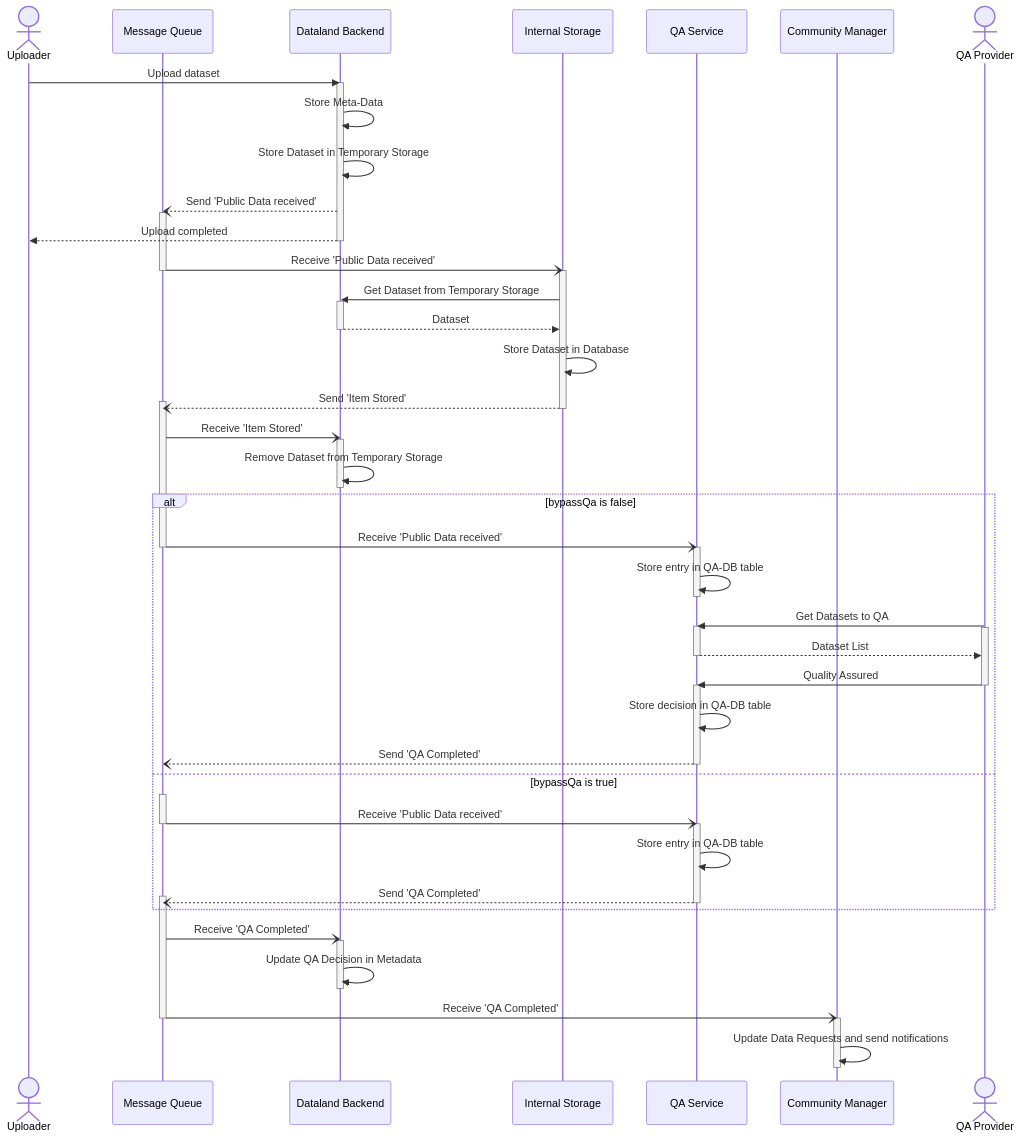
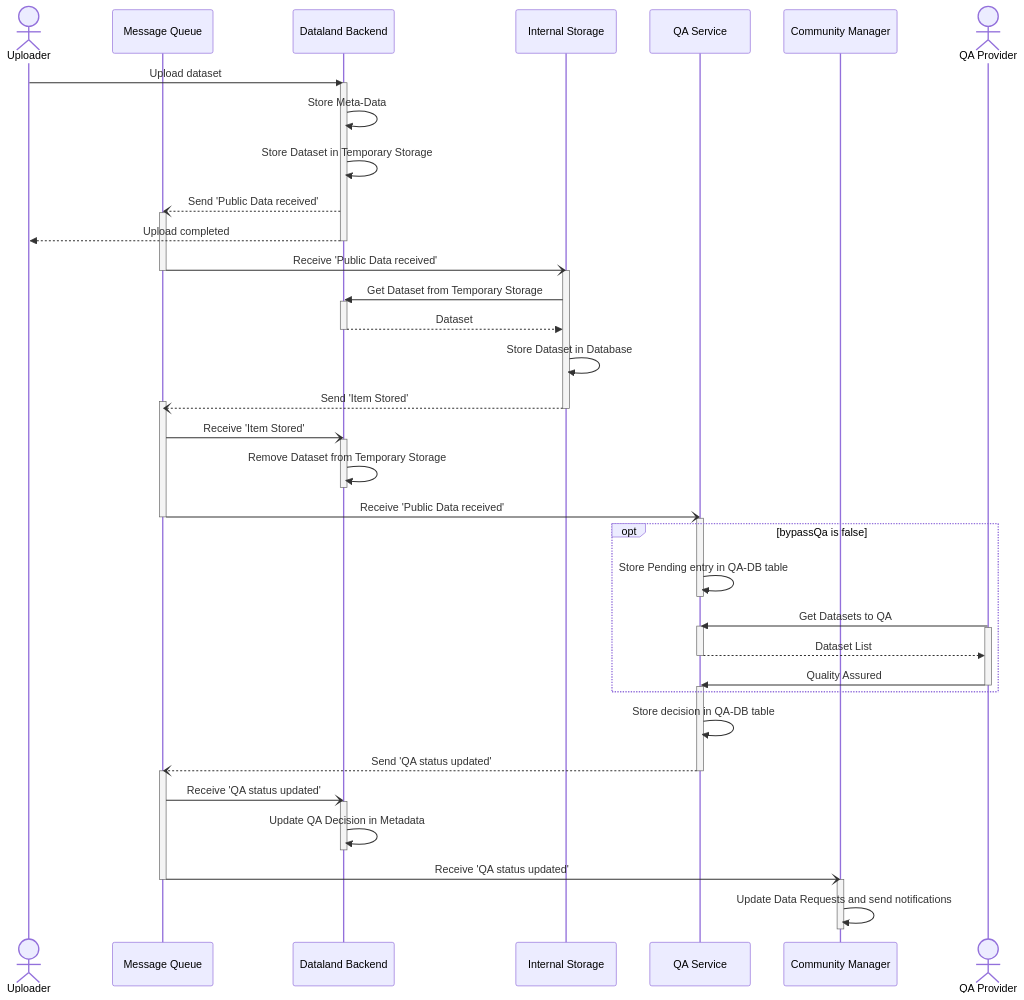
Before and after one commit to d-fine/Dataland: the diagram in documentation/processes/data_upload_and_qa_process.md, drawn with Mermaid. The commit also changed 1 other file, not shown here.

Commit message:
Updated mermaid diagrams to match current process

````diff
--- a/documentation/processes/data_upload_and_qa_process.md
+++ b/documentation/processes/data_upload_and_qa_process.md
@@ -11,77 +11,68 @@
 ```mermaid
 sequenceDiagram
     actor Uploader
     participant mq as Message Queue
     participant backend as Dataland Backend
     participant storage as Internal Storage
     participant qaService as QA Service
     participant community as Community Manager
     actor qaler as QA Provider
     Uploader ->> backend: Upload dataset
     activate backend
     backend ->> backend: Store Meta-Data
     backend ->> backend: Store Dataset in Temporary Storage
     backend --) mq: Send 'Public Data received'
     activate mq
     backend -->> Uploader: Upload completed
     deactivate backend
     mq -) storage: Receive 'Public Data received'
     deactivate mq
     activate storage
     storage ->> backend: Get Dataset from Temporary Storage
     activate backend
     backend -->> storage: Dataset
     deactivate backend
     storage ->> storage: Store Dataset in Database
     storage --) mq: Send 'Item Stored'
     activate mq
     deactivate storage
 
-
-
     mq -) backend: Receive 'Item Stored'
     activate backend
     backend ->> backend: Remove Dataset from Temporary Storage
     deactivate backend
-    alt bypassQa is false
-        mq -) qaService: Receive 'Public Data received'
-        deactivate mq
-        activate qaService
-        qaService ->> qaService: Store entry in QA-DB table
+    mq -) qaService: Receive 'Public Data received'
+    deactivate mq
+    activate qaService
+   
+    opt bypassQa is false
+        qaService ->> qaService: Store Pending entry in QA-DB table
         deactivate qaService
 
         qaler ->> qaService: Get Datasets to QA
         activate qaService
         activate qaler
         qaService -->> qaler: Dataset List
         deactivate qaService
         qaler ->> qaService: Quality Assured
         deactivate qaler
         activate qaService
-        qaService ->> qaService: Store decision in QA-DB table
+    end
+    
+    qaService ->> qaService: Store decision in QA-DB table
 
-        qaService --) mq: Send 'QA Completed'
-        deactivate qaService
+    qaService --) mq: Send 'QA status updated'
+    deactivate qaService
 
-    else bypassQa is true
-        activate mq
-        mq -) qaService: Receive 'Public Data received'
-        deactivate mq
-        activate qaService
-        qaService ->> qaService: Store entry in QA-DB table
-        qaService --) mq: Send 'QA Completed'
-        activate mq
-        deactivate qaService
-    end
-
-    mq -) backend: Receive 'QA Completed'
+    activate mq
+    mq -) backend: Receive 'QA status updated'
     activate backend
     backend ->> backend: Update QA Decision in Metadata
     deactivate backend
 
-    mq -) community: Receive 'QA Completed'
+    mq -) community: Receive 'QA status updated'
     deactivate mq
     activate community
     community ->> community: Update Data Requests and send notifications
     deactivate community
 ```
````
